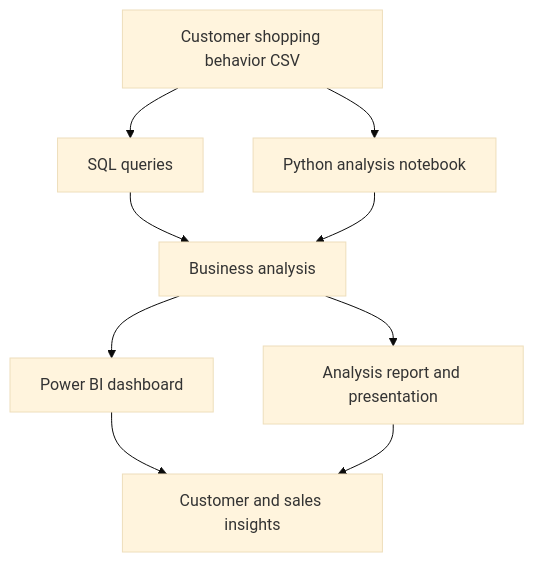
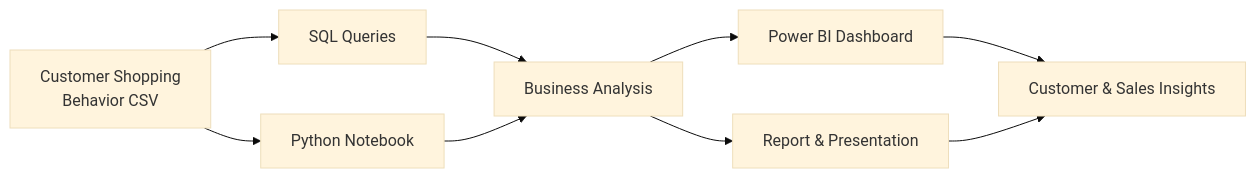
One commit to Ayushb1234/Ecommerce_Customer_Analysis changed the diagram in README.md. Above: the diagram before and after it, drawn with Mermaid (base theme). The commit also changed other lines of this file, not shown here.

````diff
--- a/README.md
+++ b/README.md
@@ -81,11 +174,11 @@
 ```mermaid
-flowchart TD
-    A[Customer shopping behavior CSV] --> B[SQL queries]
-    A --> C[Python analysis notebook]
-    B --> D[Business analysis]
+flowchart LR
+    A[Customer Shopping<br/>Behavior CSV] --> B[SQL Queries]
+    A --> C[Python Notebook]
+    B --> D[Business Analysis]
     C --> D
-    D --> E[Power BI dashboard]
-    D --> F[Analysis report and presentation]
-    E --> G[Customer and sales insights]
+    D --> E[Power BI Dashboard]
+    D --> F[Report & Presentation]
+    E --> G[Customer & Sales Insights]
     F --> G
 ```
````
